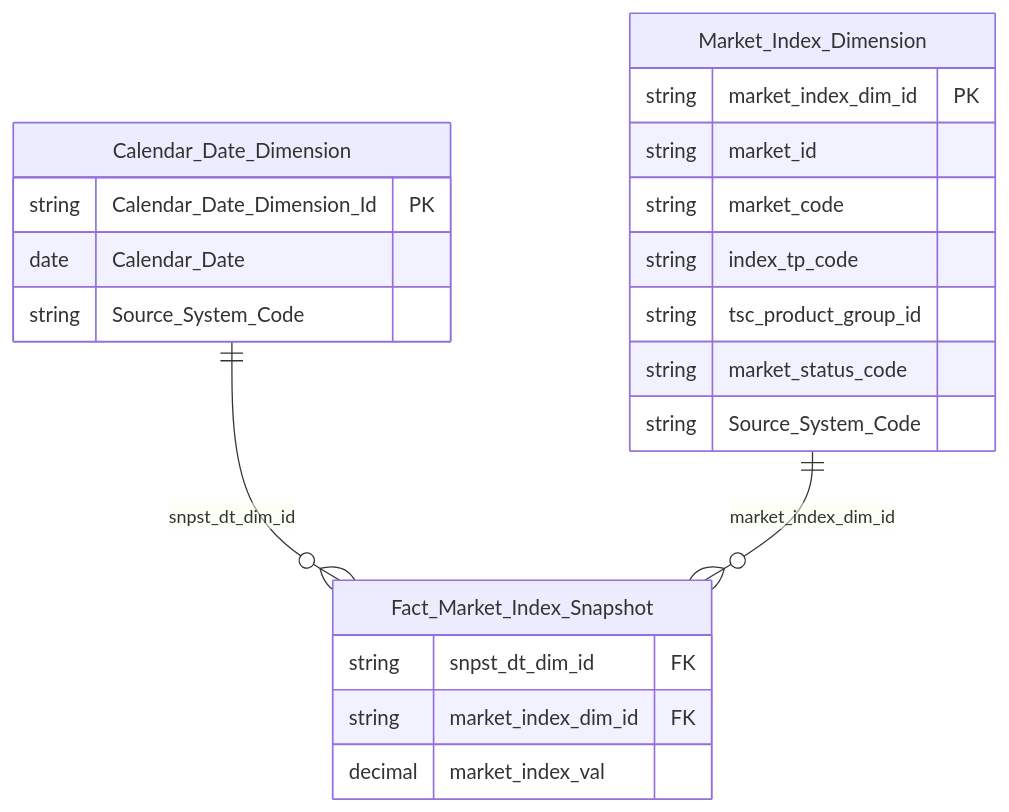
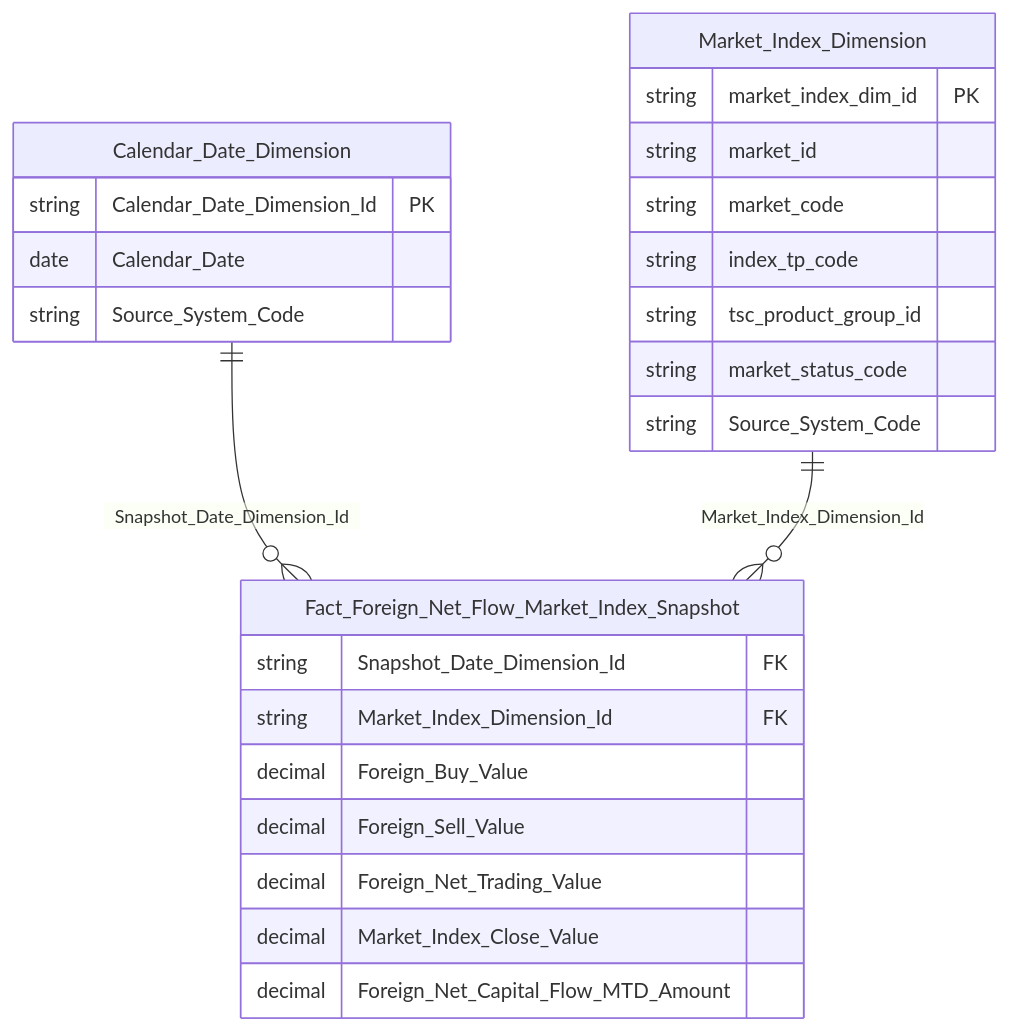
One commit to linhlvit/ubck_atomic_design changed diagram 13 of 30 in Datamart/hld/DTM_NDTNN_HLD.md. Above: the diagram before and after it, drawn with Mermaid. The commit also changed other lines of this file and 9 other files, not shown here.

````diff
--- a/Datamart/hld/DTM_NDTNN_HLD.md
+++ b/Datamart/hld/DTM_NDTNN_HLD.md
@@ -651,25 +659,29 @@
 ```mermaid
 erDiagram
     Calendar_Date_Dimension {
         string Calendar_Date_Dimension_Id PK
         date Calendar_Date
         string Source_System_Code
     }
     Market_Index_Dimension {
         string market_index_dim_id PK
         string market_id
         string market_code
         string index_tp_code
         string tsc_product_group_id
         string market_status_code
         string Source_System_Code
     }
-    Fact_Market_Index_Snapshot {
-        string snpst_dt_dim_id FK
-        string market_index_dim_id FK
-        decimal market_index_val
+    Fact_Foreign_Net_Flow_Market_Index_Snapshot {
+        string Snapshot_Date_Dimension_Id FK
+        string Market_Index_Dimension_Id FK
+        decimal Foreign_Buy_Value
+        decimal Foreign_Sell_Value
+        decimal Foreign_Net_Trading_Value
+        decimal Market_Index_Close_Value
+        decimal Foreign_Net_Capital_Flow_MTD_Amount
     }
 
-    Calendar_Date_Dimension ||--o{ Fact_Market_Index_Snapshot : "snpst_dt_dim_id"
-    Market_Index_Dimension ||--o{ Fact_Market_Index_Snapshot : "market_index_dim_id"
+    Calendar_Date_Dimension ||--o{ Fact_Foreign_Net_Flow_Market_Index_Snapshot : "Snapshot_Date_Dimension_Id"
+    Market_Index_Dimension ||--o{ Fact_Foreign_Net_Flow_Market_Index_Snapshot : "Market_Index_Dimension_Id"
 ```
````
